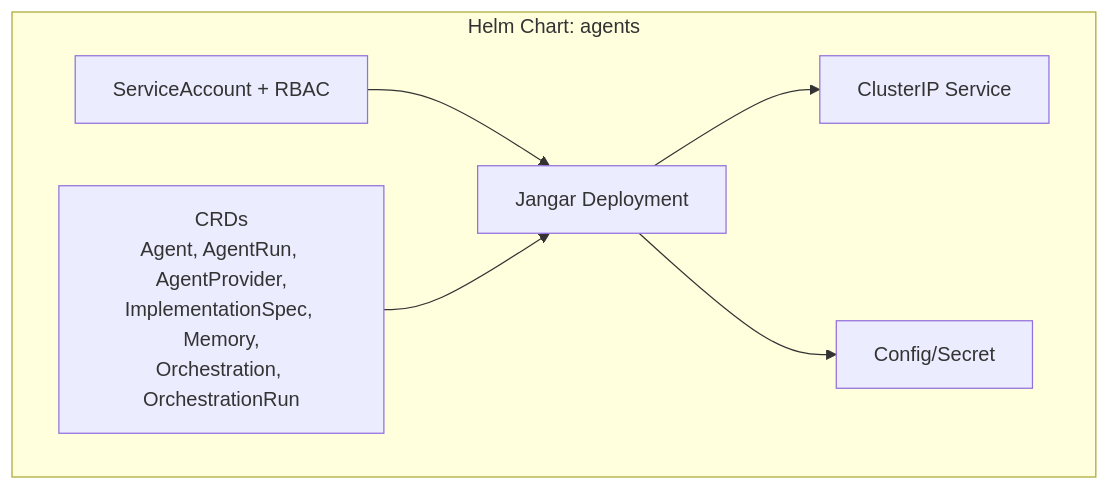
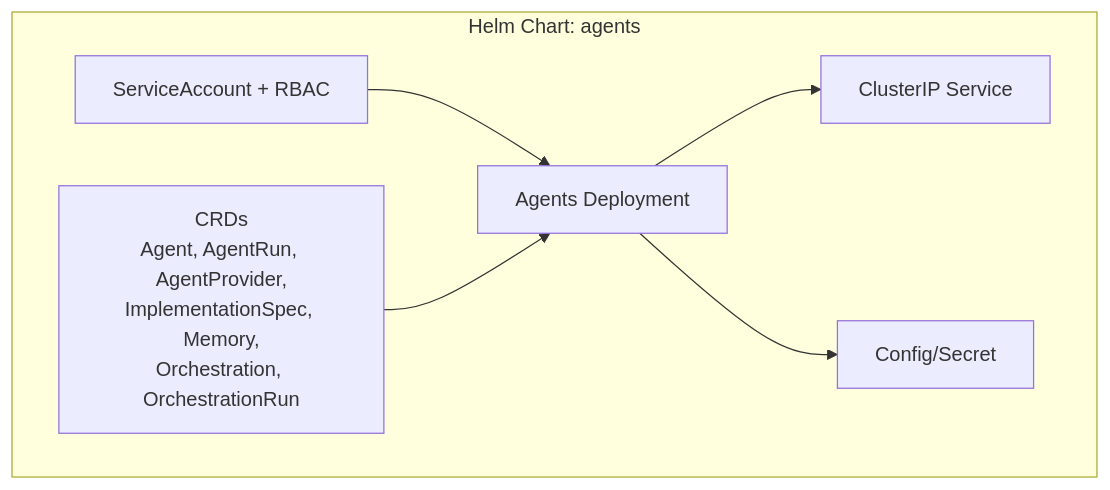
Before and after one commit to proompteng/lab: the first of 4 diagrams in docs/agents/agents-helm-chart-design.md, drawn with Mermaid. The commit also changed other lines of this file and 68 other files, not shown here.

````diff
--- a/docs/agents/agents-helm-chart-design.md
+++ b/docs/agents/agents-helm-chart-design.md
@@ -74,14 +74,14 @@
 ```mermaid
 graph TD
   subgraph Helm Chart: agents
     CRDs[CRDs<br/>Agent, AgentRun, AgentProvider,<br/>ImplementationSpec, Memory,<br/>Orchestration, OrchestrationRun]
-    Deploy[Jangar Deployment]
+    Deploy[Agents Deployment]
     Svc[ClusterIP Service]
     SA[ServiceAccount + RBAC]
     Cfg[Config/Secret]
   end
   Deploy --> Svc
   Deploy --> Cfg
   SA --> Deploy
   CRDs --> Deploy
 ```
````
